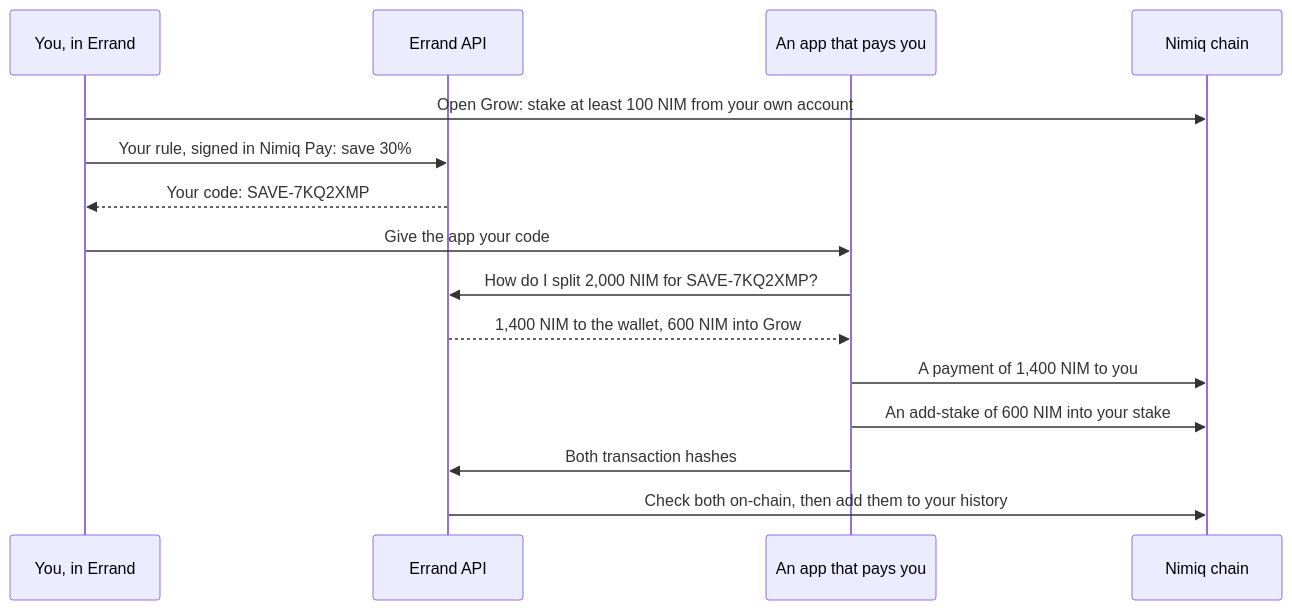
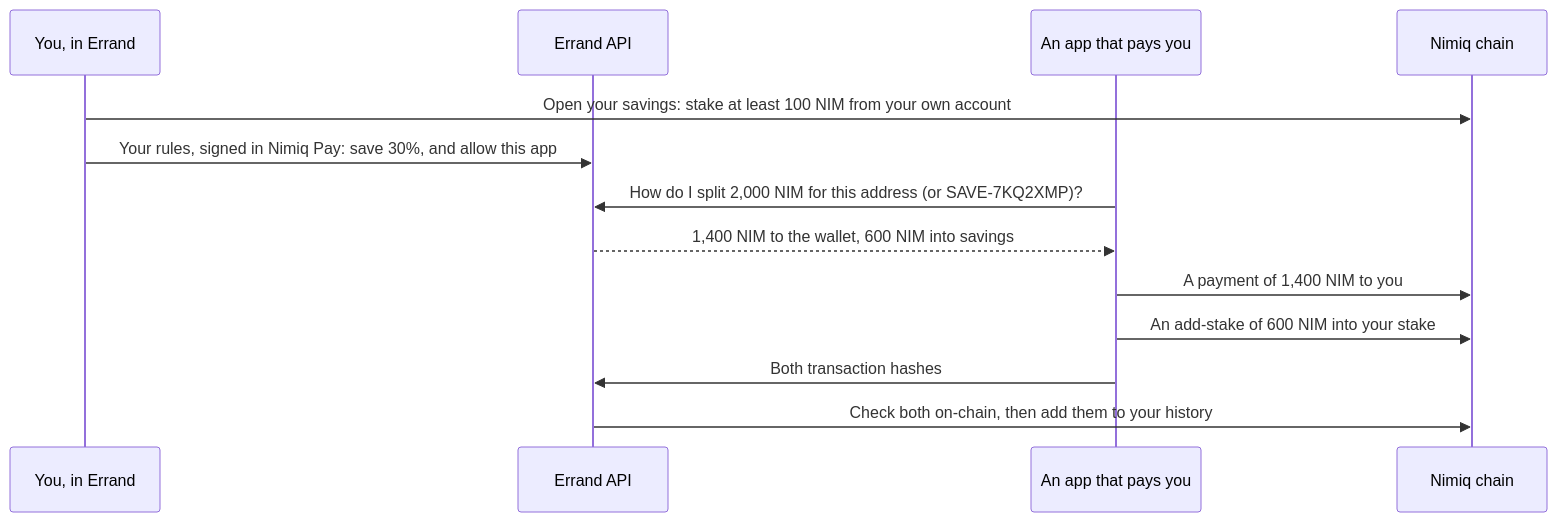
The diagram in README.md (ETIM-PAUL/droplets), drawn with Mermaid before and after one commit. The commit also changed other lines of this file and 28 other files, not shown here.

````diff
--- a/README.md
+++ b/README.md
@@ -33,17 +52,15 @@
 ```mermaid
 sequenceDiagram
     participant U as You, in Errand
     participant E as Errand API
     participant A as An app that pays you
     participant C as Nimiq chain
-    U->>C: Open Grow: stake at least 100 NIM from your own account
-    U->>E: Your rule, signed in Nimiq Pay: save 30%
-    E-->>U: Your code: SAVE-7KQ2XMP
-    U->>A: Give the app your code
-    A->>E: How do I split 2,000 NIM for SAVE-7KQ2XMP?
-    E-->>A: 1,400 NIM to the wallet, 600 NIM into Grow
+    U->>C: Open your savings: stake at least 100 NIM from your own account
+    U->>E: Your rules, signed in Nimiq Pay: save 30%, and allow this app
+    A->>E: How do I split 2,000 NIM for this address (or SAVE-7KQ2XMP)?
+    E-->>A: 1,400 NIM to the wallet, 600 NIM into savings
     A->>C: A payment of 1,400 NIM to you
     A->>C: An add-stake of 600 NIM into your stake
     A->>E: Both transaction hashes
     E->>C: Check both on-chain, then add them to your history
 ```
````
